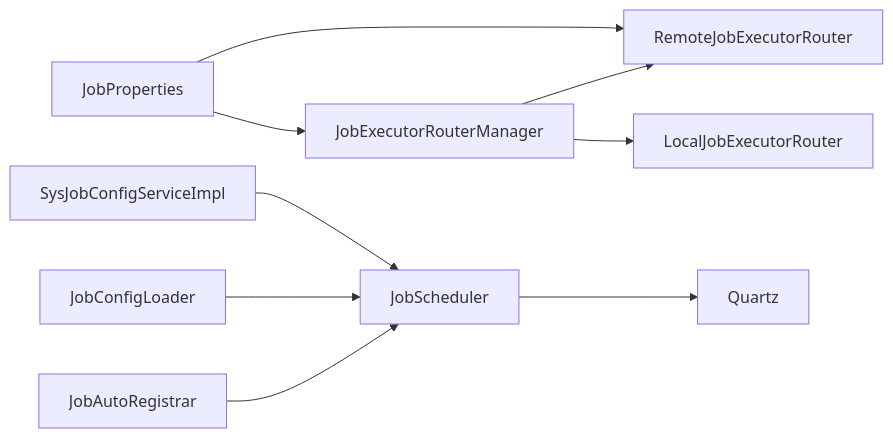
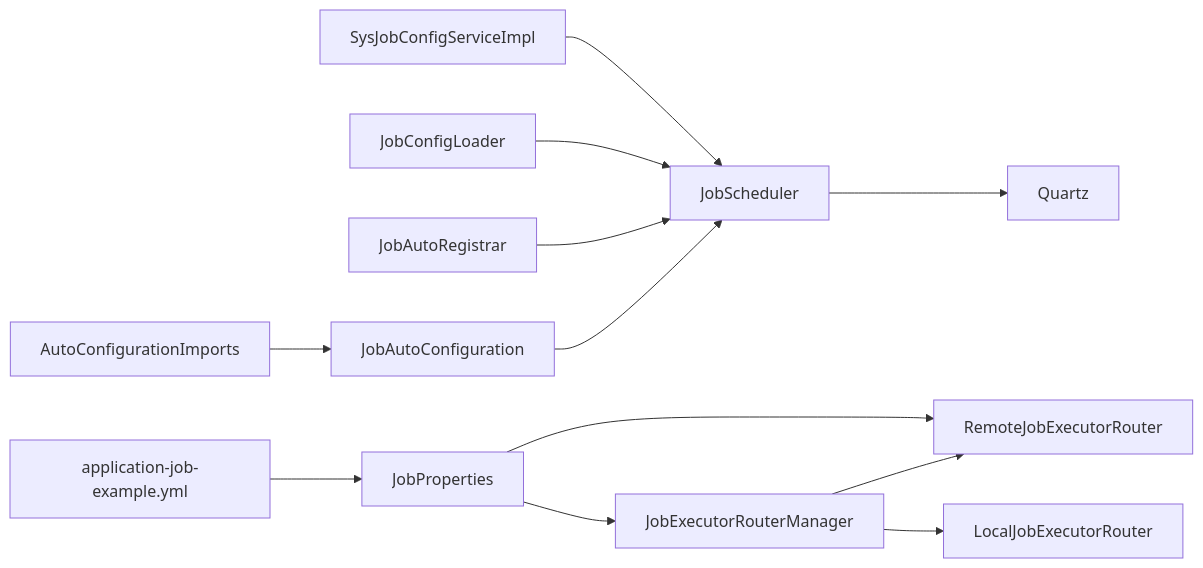
Before and after one commit to yaomindong1996/forge-admin: the ninth of 9 diagrams in .qoder/repowiki/zh/content/后端框架详解/任务调度模块/任务调度模块.md, drawn with Mermaid. The commit also changed other lines of this file and 76 other files, not shown here.

````diff
--- a/.qoder/repowiki/zh/content/后端框架详解/任务调度模块/任务调度模块.md
+++ b/.qoder/repowiki/zh/content/后端框架详解/任务调度模块/任务调度模块.md
@@ -339,11 +399,14 @@
 ```mermaid
 graph LR
 JobProperties --> RemoteJobExecutorRouter
 JobProperties --> JobExecutorRouterManager
 JobExecutorRouterManager --> LocalJobExecutorRouter
 JobExecutorRouterManager --> RemoteJobExecutorRouter
 JobScheduler --> Quartz
 SysJobConfigServiceImpl --> JobScheduler
 JobConfigLoader --> JobScheduler
 JobAutoRegistrar --> JobScheduler
+JobAutoConfiguration --> JobScheduler
+AutoConfigurationImports --> JobAutoConfiguration
+application-job-example.yml --> JobProperties
 ```
````
